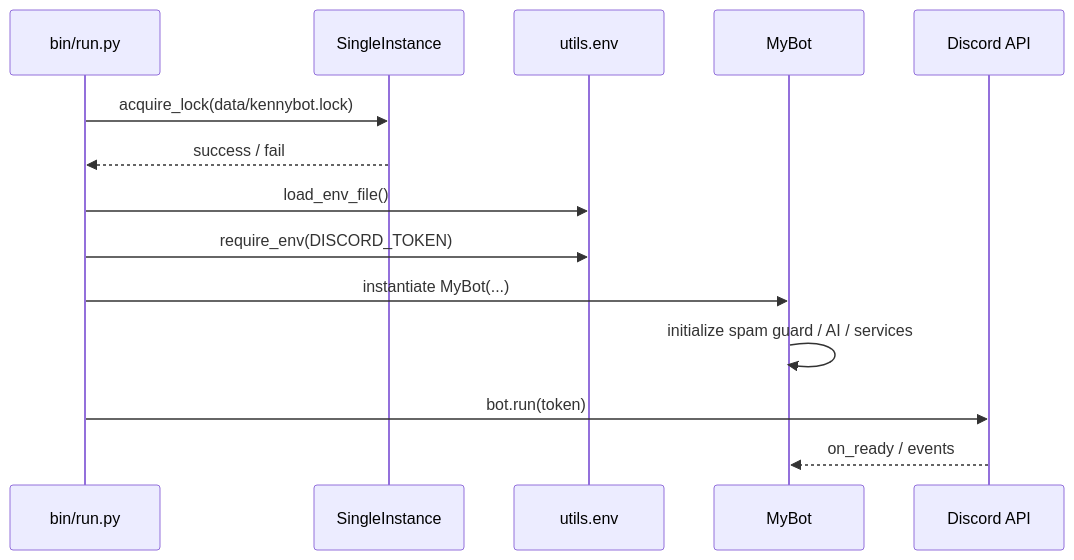
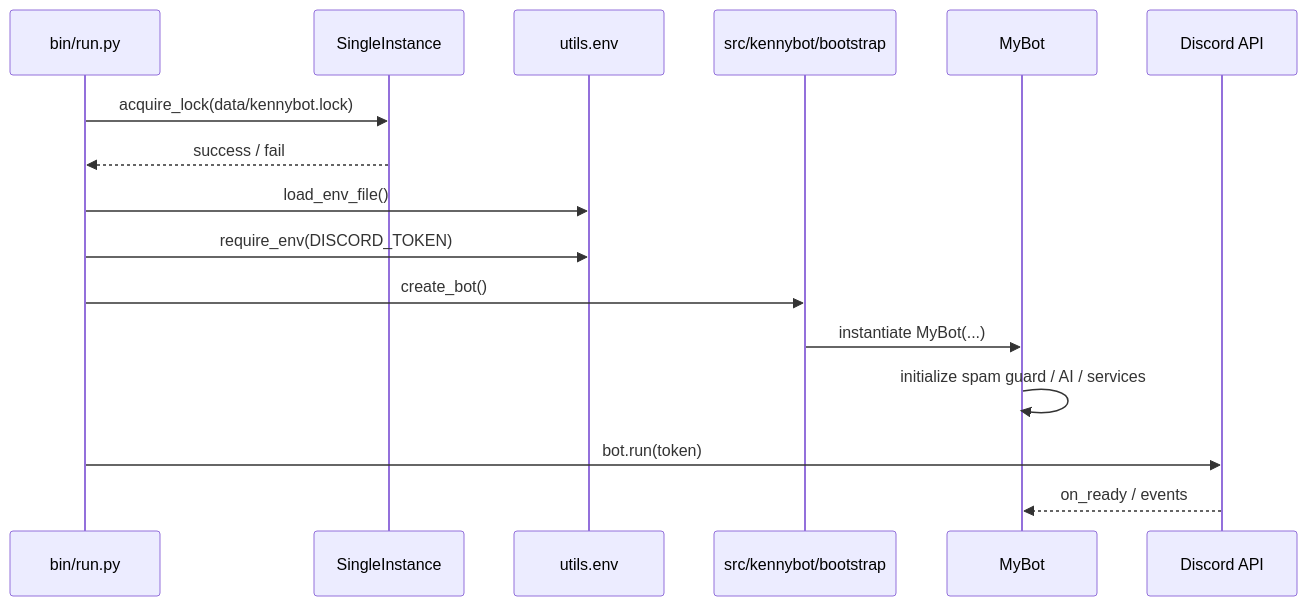
One commit to messpy/Kenny-bot changed the second of 7 diagrams in doc/system-design.md. Above: the diagram before and after it, drawn with Mermaid. The commit also changed other lines of this file and 4 other files, not shown here.

Commit message:
Add src bootstrap for bot startup

````diff
--- a/doc/system-design.md
+++ b/doc/system-design.md
@@ -86,17 +88,19 @@
 ```mermaid
 sequenceDiagram
     participant CLI as bin/run.py
     participant Lock as SingleInstance
     participant Env as utils.env
+    participant Boot as src/kennybot/bootstrap
     participant Bot as MyBot
     participant Discord as Discord API
 
     CLI->>Lock: acquire_lock(data/kennybot.lock)
     Lock-->>CLI: success / fail
     CLI->>Env: load_env_file()
     CLI->>Env: require_env(DISCORD_TOKEN)
-    CLI->>Bot: instantiate MyBot(...)
+    CLI->>Boot: create_bot()
+    Boot->>Bot: instantiate MyBot(...)
     Bot->>Bot: initialize spam guard / AI / services
     CLI->>Discord: bot.run(token)
     Discord-->>Bot: on_ready / events
 ```
````
